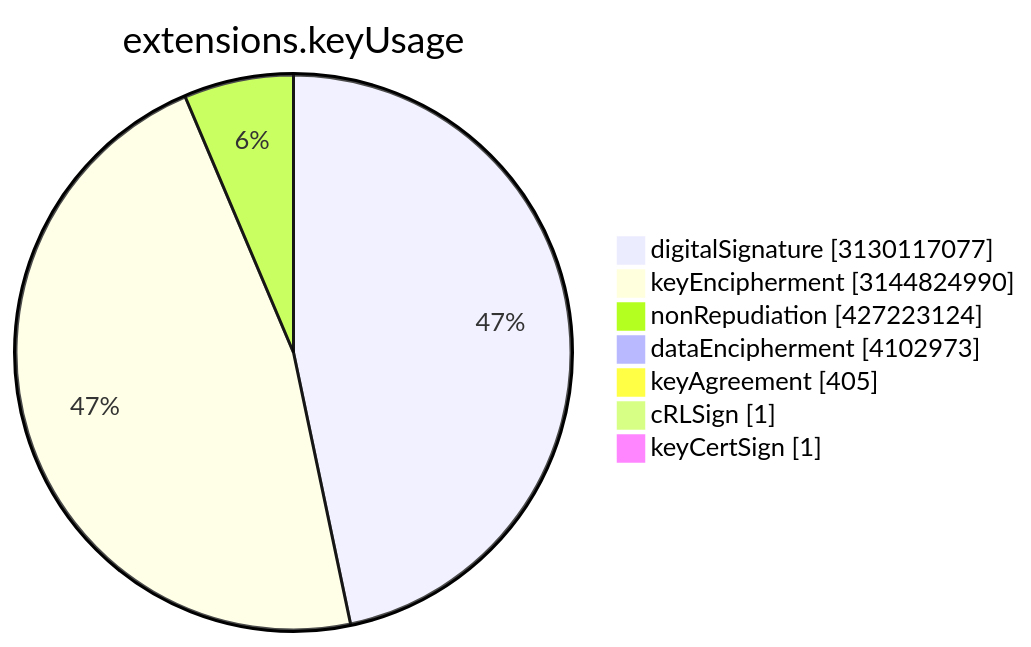
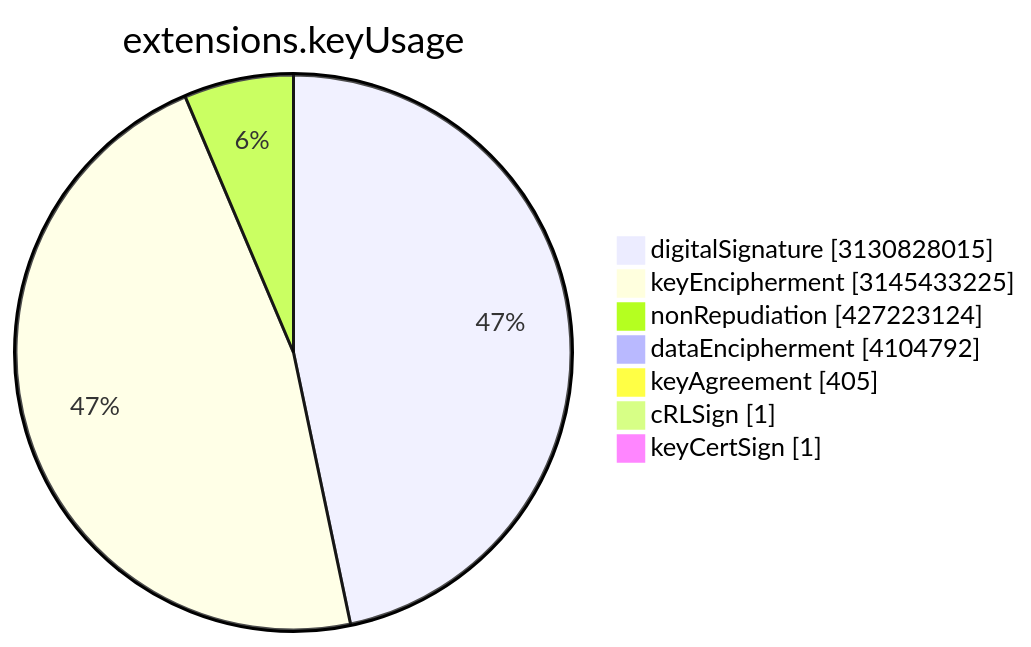
The sixth of 15 diagrams in TOTAL/README.md (christiankrug/ctmonitor_visualization), drawn with Mermaid before and after one commit. The commit also changed other lines of this file, not shown here.

````diff
--- a/TOTAL/README.md
+++ b/TOTAL/README.md
@@ -3077,11 +3077,11 @@
 ```mermaid
 pie showData
 title extensions.keyUsage
-"digitalSignature" :3130117077
-"keyEncipherment" :3144824990
+"digitalSignature" :3130828015
+"keyEncipherment" :3145433225
 "nonRepudiation" :427223124
-"dataEncipherment" :4102973
+"dataEncipherment" :4104792
 "keyAgreement" :405
 "cRLSign" :1
 "keyCertSign" :1
 ```
````
